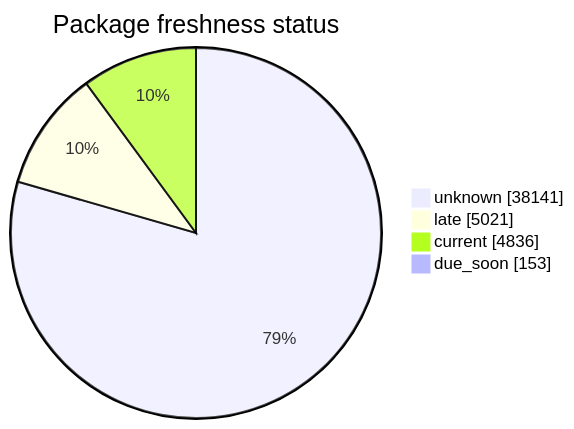
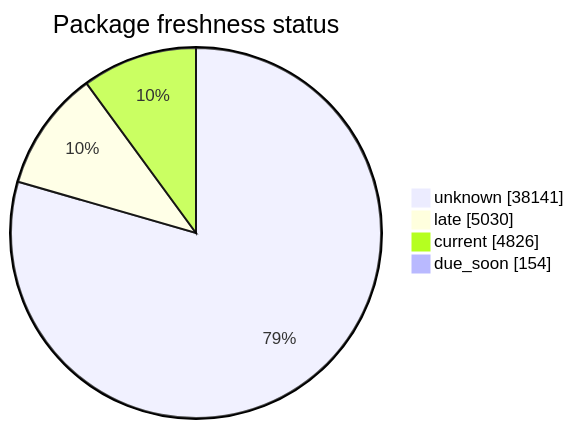
One commit to open-data/analytics-corporate-reporting changed the second of 5 diagrams in FreshCheck/README.md. Above: the diagram before and after it, drawn with Mermaid. The commit also changed other lines of this file and 3 other files, not shown here.

````diff
--- a/FreshCheck/README.md
+++ b/FreshCheck/README.md
@@ -68,7 +68,7 @@
 ```mermaid
 pie showData title Package freshness status
     "unknown": 38141
-    "late": 5021
-    "current": 4836
-    "due_soon": 153
+    "late": 5030
+    "current": 4826
+    "due_soon": 154
 ```
````
